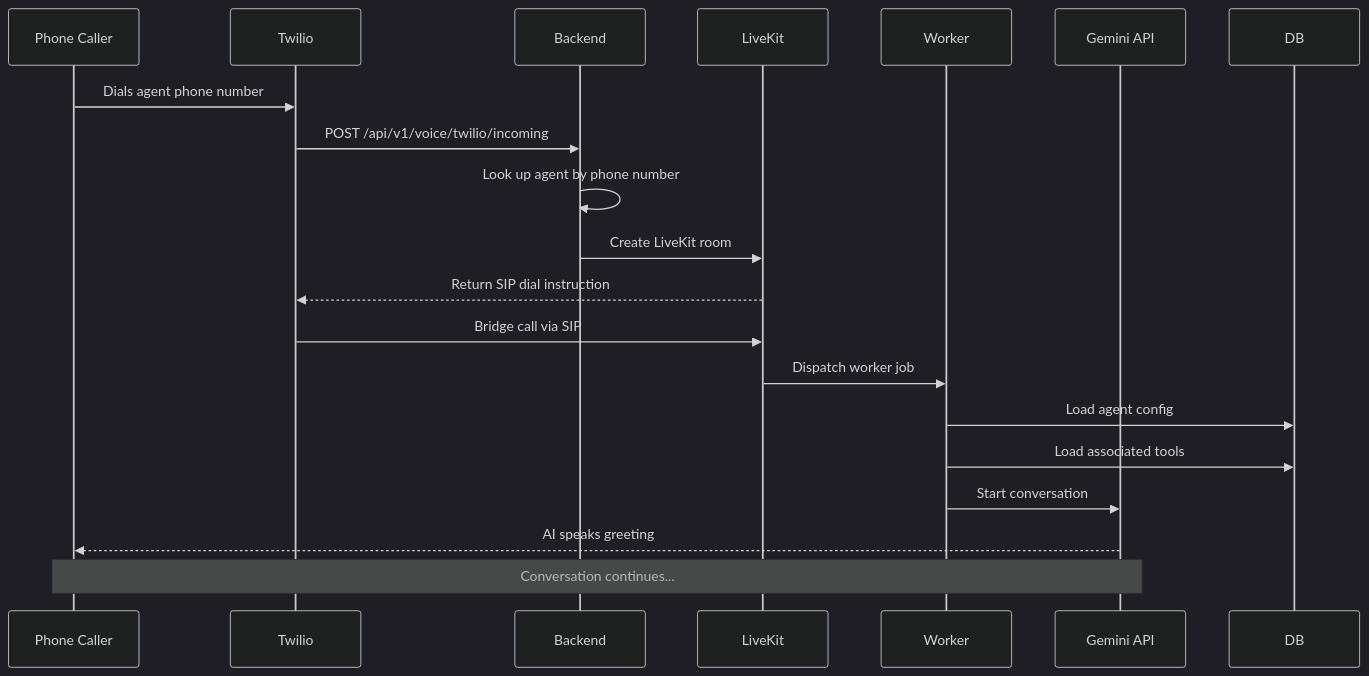
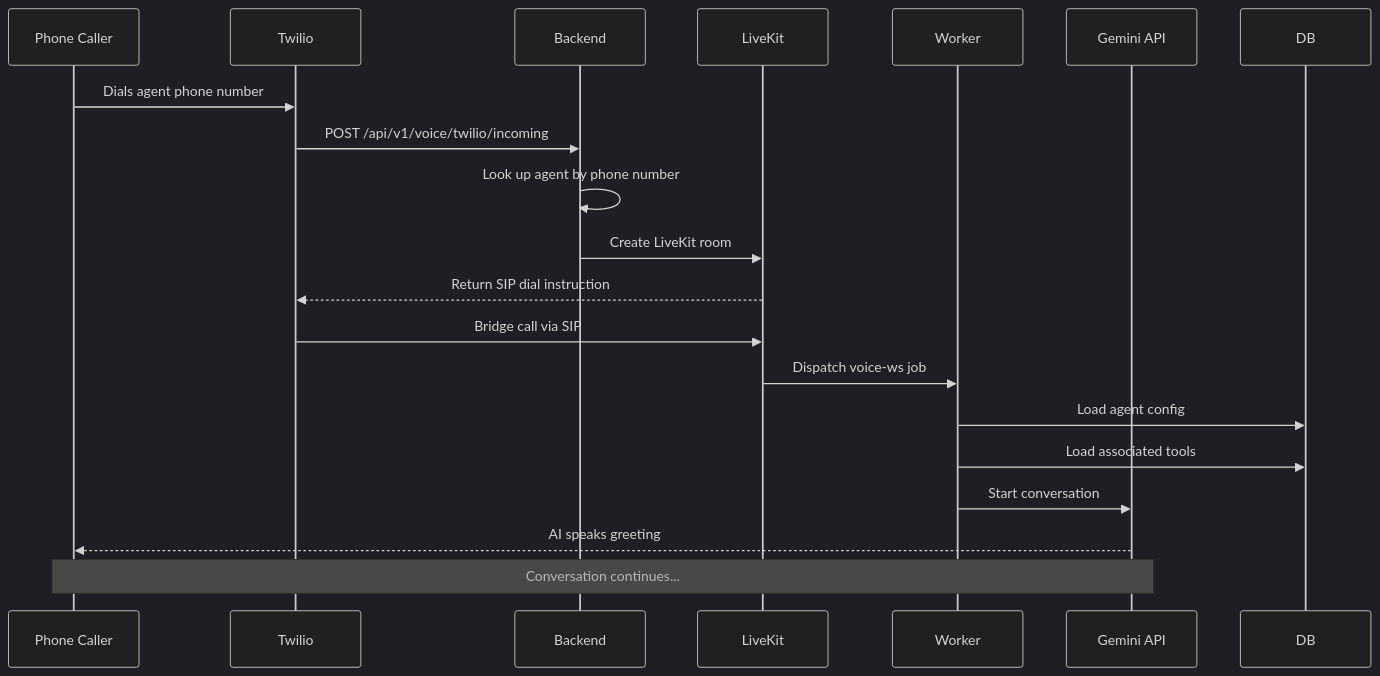
Before and after one commit to gauravdhiman/a1-voice-agent-platform: the third of 7 diagrams in docs/02_features/voice_agents/overview.md, drawn with Mermaid (dark theme). The commit also changed other lines of this file and 163 other files, not shown here.

Commit message:
feat(voice): remove LiveKit worker; Pipecat voice-ws is the only voice runtime

````diff
--- a/docs/02_features/voice_agents/overview.md
+++ b/docs/02_features/voice_agents/overview.md
@@ -104,22 +104,22 @@
 ```mermaid
 sequenceDiagram
     participant Caller as Phone Caller
     participant Twilio as Twilio
     participant BE as Backend
     participant LK as LiveKit
     participant WK as Worker
     participant LLM as Gemini API
 
     Caller->>Twilio: Dials agent phone number
     Twilio->>BE: POST /api/v1/voice/twilio/incoming
     BE->>BE: Look up agent by phone number
     BE->>LK: Create LiveKit room
     LK-->>Twilio: Return SIP dial instruction
     Twilio->>LK: Bridge call via SIP
-    LK->>WK: Dispatch worker job
+    LK->>WK: Dispatch voice-ws job
     WK->>DB: Load agent config
     WK->>DB: Load associated tools
     WK->>LLM: Start conversation
     LLM-->>Caller: AI speaks greeting
     Note over Caller,LLM: Conversation continues...
 ```
````
